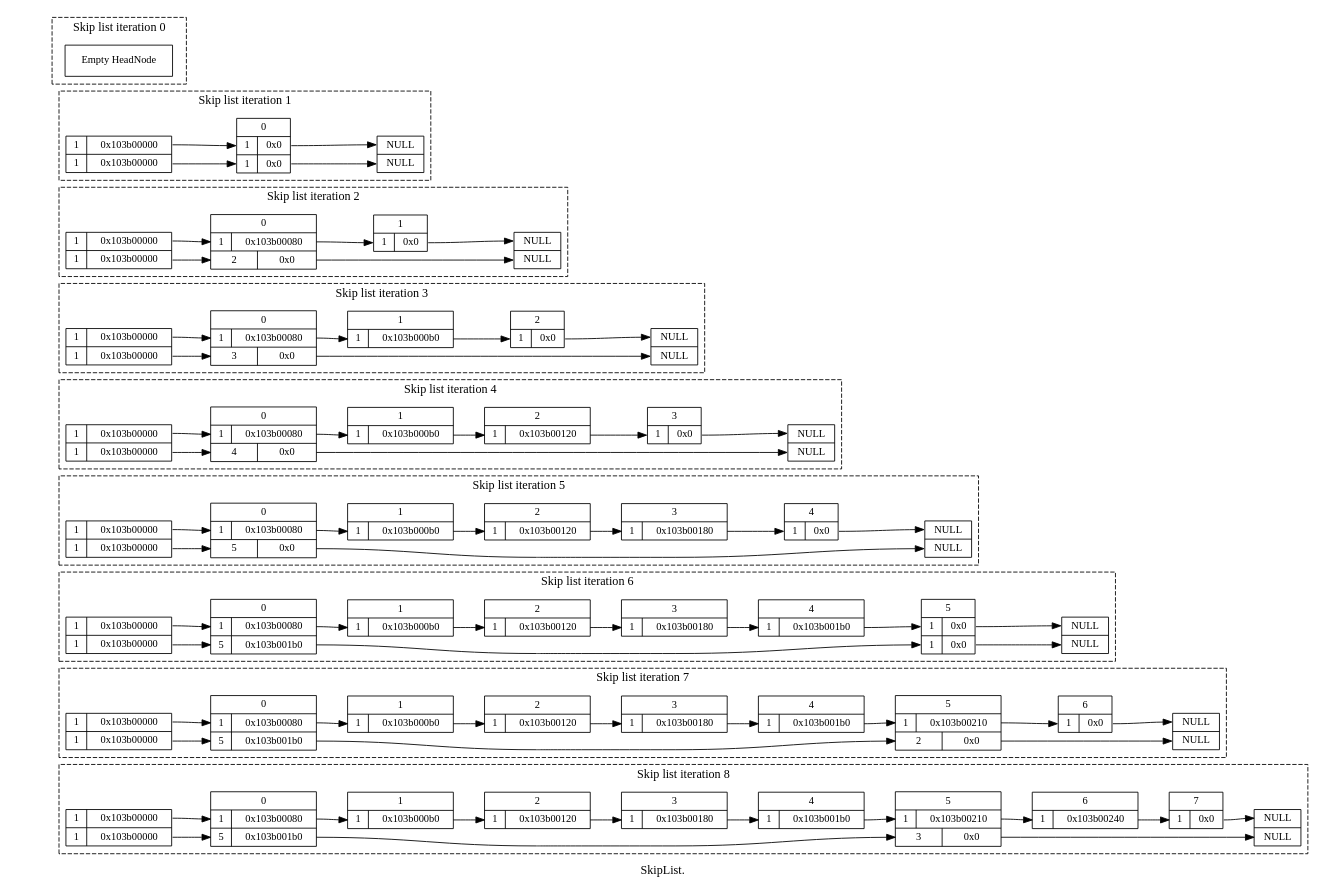
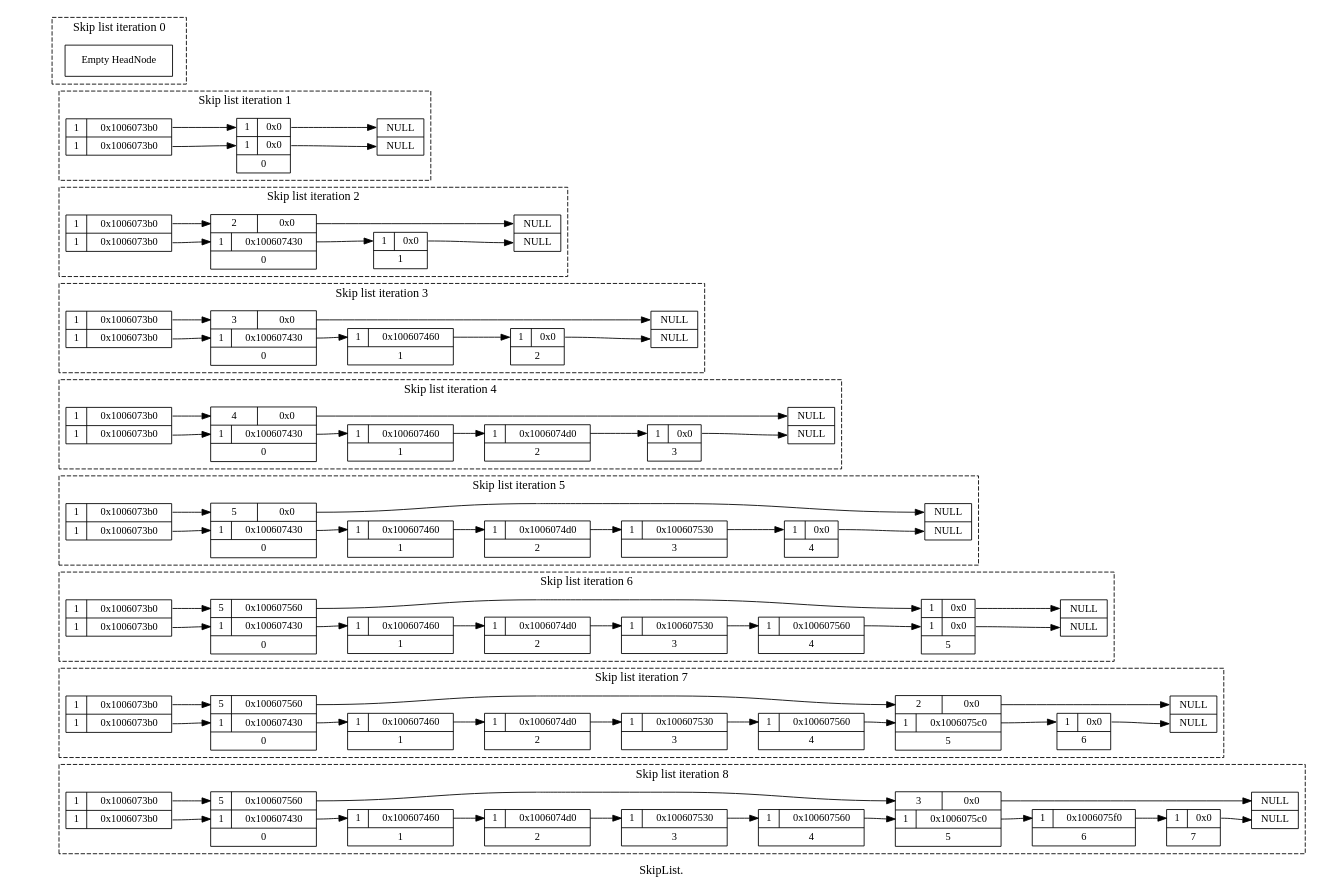
One commit to paulross/skiplist changed the diagram in doc/skiplist_visualisation/dot/doc_insert_12-5_percent.dot. Above: the diagram before and after it, drawn with Graphviz. The commit also changed 27 other files, not shown here.

```diff
--- a/doc/skiplist_visualisation/dot/doc_insert_12-5_percent.dot
+++ b/doc/skiplist_visualisation/dot/doc_insert_12-5_percent.dot
@@ -8,297 +8,324 @@
 subgraph cluster0 {
 style=dashed
 label="Skip list iteration 0"
+
 "HeadNode0" [
 label = "Empty HeadNode"
 shape = "record"
 ];
+
+
 }
 
 subgraph cluster1 {
 style=dashed
 label="Skip list iteration 1"
+
 "HeadNode1" [
-label = "{ 1 | <f0> 0x103b00000} | { 1 | <f1> 0x103b00000}"
+label = "{ 1 | <f2> 0x1006073b0} | { 1 | <f1> 0x1006073b0}"
 shape = "record"
 ];
-"node10x0" [label = "<w1> NULL | <w2> NULL" shape = "record"];
-"HeadNode1":f0 -> "node10x103b00000":w1 [];
-"HeadNode1":f1 -> "node10x103b00000":w2 [];
-"node10x103b00000" [
-label = "<f0> 0 | { <w1> 1 | <f1> 0x0 } | { <w2> 1 | <f2> 0x0 }"
+"HeadNode1":f1 -> "node10x1006073b0":w1 [];
+"HeadNode1":f2 -> "node10x1006073b0":w2 [];
+
+"node10x1006073b0" [
+label = " { <w2> 1 | <f2> 0x0 } | { <w1> 1 | <f1> 0x0 } | <f0> 0"
 shape = "record"
 ];
-"node10x103b00000":f1 -> "node10x0":w1 [];
-"node10x103b00000":f2 -> "node10x0":w2 [];
+"node10x1006073b0":f1 -> "node10x0":w1 [];
+"node10x1006073b0":f2 -> "node10x0":w2 [];
+
+"node10x0" [label = "<w2> NULL | <w1> NULL" shape = "record"];
 }
 
 subgraph cluster2 {
 style=dashed
 label="Skip list iteration 2"
+
 "HeadNode2" [
-label = "{ 1 | <f0> 0x103b00000} | { 1 | <f1> 0x103b00000}"
+label = "{ 1 | <f2> 0x1006073b0} | { 1 | <f1> 0x1006073b0}"
 shape = "record"
 ];
-"node20x0" [label = "<w1> NULL | <w2> NULL" shape = "record"];
-"HeadNode2":f0 -> "node20x103b00000":w1 [];
-"HeadNode2":f1 -> "node20x103b00000":w2 [];
-"node20x103b00000" [
-label = "<f0> 0 | { <w1> 1 | <f1> 0x103b00080 } | { <w2> 2 | <f2> 0x0 }"
+"HeadNode2":f1 -> "node20x1006073b0":w1 [];
+"HeadNode2":f2 -> "node20x1006073b0":w2 [];
+
+"node20x1006073b0" [
+label = " { <w2> 2 | <f2> 0x0 } | { <w1> 1 | <f1> 0x100607430 } | <f0> 0"
 shape = "record"
 ];
-"node20x103b00000":f1 -> "node20x103b00080":w1 [];
-"node20x103b00000":f2 -> "node20x0":w2 [];
-"node20x103b00080" [
-label = "<f0> 1 | { <w1> 1 | <f1> 0x0 }"
+"node20x1006073b0":f1 -> "node20x100607430":w1 [];
+"node20x1006073b0":f2 -> "node20x0":w2 [];
+"node20x100607430" [
+label = " { <w1> 1 | <f1> 0x0 } | <f0> 1"
 shape = "record"
 ];
-"node20x103b00080":f1 -> "node20x0":w1 [];
+"node20x100607430":f1 -> "node20x0":w1 [];
+
+"node20x0" [label = "<w2> NULL | <w1> NULL" shape = "record"];
 }
 
 subgraph cluster3 {
 style=dashed
 label="Skip list iteration 3"
+
 "HeadNode3" [
-label = "{ 1 | <f0> 0x103b00000} | { 1 | <f1> 0x103b00000}"
+label = "{ 1 | <f2> 0x1006073b0} | { 1 | <f1> 0x1006073b0}"
 shape = "record"
 ];
-"node30x0" [label = "<w1> NULL | <w2> NULL" shape = "record"];
-"HeadNode3":f0 -> "node30x103b00000":w1 [];
-"HeadNode3":f1 -> "node30x103b00000":w2 [];
-"node30x103b00000" [
-label = "<f0> 0 | { <w1> 1 | <f1> 0x103b00080 } | { <w2> 3 | <f2> 0x0 }"
+"HeadNode3":f1 -> "node30x1006073b0":w1 [];
+"HeadNode3":f2 -> "node30x1006073b0":w2 [];
+
+"node30x1006073b0" [
+label = " { <w2> 3 | <f2> 0x0 } | { <w1> 1 | <f1> 0x100607430 } | <f0> 0"
 shape = "record"
 ];
-"node30x103b00000":f1 -> "node30x103b00080":w1 [];
-"node30x103b00000":f2 -> "node30x0":w2 [];
-"node30x103b00080" [
-label = "<f0> 1 | { <w1> 1 | <f1> 0x103b000b0 }"
+"node30x1006073b0":f1 -> "node30x100607430":w1 [];
+"node30x1006073b0":f2 -> "node30x0":w2 [];
+"node30x100607430" [
+label = " { <w1> 1 | <f1> 0x100607460 } | <f0> 1"
 shape = "record"
 ];
-"node30x103b00080":f1 -> "node30x103b000b0":w1 [];
-"node30x103b000b0" [
-label = "<f0> 2 | { <w1> 1 | <f1> 0x0 }"
+"node30x100607430":f1 -> "node30x100607460":w1 [];
+"node30x100607460" [
+label = " { <w1> 1 | <f1> 0x0 } | <f0> 2"
 shape = "record"
 ];
-"node30x103b000b0":f1 -> "node30x0":w1 [];
+"node30x100607460":f1 -> "node30x0":w1 [];
+
+"node30x0" [label = "<w2> NULL | <w1> NULL" shape = "record"];
 }
 
 subgraph cluster4 {
 style=dashed
 label="Skip list iteration 4"
+
 "HeadNode4" [
-label = "{ 1 | <f0> 0x103b00000} | { 1 | <f1> 0x103b00000}"
+label = "{ 1 | <f2> 0x1006073b0} | { 1 | <f1> 0x1006073b0}"
 shape = "record"
 ];
-"node40x0" [label = "<w1> NULL | <w2> NULL" shape = "record"];
-"HeadNode4":f0 -> "node40x103b00000":w1 [];
-"HeadNode4":f1 -> "node40x103b00000":w2 [];
-"node40x103b00000" [
-label = "<f0> 0 | { <w1> 1 | <f1> 0x103b00080 } | { <w2> 4 | <f2> 0x0 }"
+"HeadNode4":f1 -> "node40x1006073b0":w1 [];
+"HeadNode4":f2 -> "node40x1006073b0":w2 [];
+
+"node40x1006073b0" [
+label = " { <w2> 4 | <f2> 0x0 } | { <w1> 1 | <f1> 0x100607430 } | <f0> 0"
 shape = "record"
 ];
-"node40x103b00000":f1 -> "node40x103b00080":w1 [];
-"node40x103b00000":f2 -> "node40x0":w2 [];
-"node40x103b00080" [
-label = "<f0> 1 | { <w1> 1 | <f1> 0x103b000b0 }"
+"node40x1006073b0":f1 -> "node40x100607430":w1 [];
+"node40x1006073b0":f2 -> "node40x0":w2 [];
+"node40x100607430" [
+label = " { <w1> 1 | <f1> 0x100607460 } | <f0> 1"
 shape = "record"
 ];
-"node40x103b00080":f1 -> "node40x103b000b0":w1 [];
-"node40x103b000b0" [
-label = "<f0> 2 | { <w1> 1 | <f1> 0x103b00120 }"
+"node40x100607430":f1 -> "node40x100607460":w1 [];
+"node40x100607460" [
+label = " { <w1> 1 | <f1> 0x1006074d0 } | <f0> 2"
 shape = "record"
 ];
-"node40x103b000b0":f1 -> "node40x103b00120":w1 [];
-"node40x103b00120" [
-label = "<f0> 3 | { <w1> 1 | <f1> 0x0 }"
+"node40x100607460":f1 -> "node40x1006074d0":w1 [];
+"node40x1006074d0" [
+label = " { <w1> 1 | <f1> 0x0 } | <f0> 3"
 shape = "record"
 ];
-"node40x103b00120":f1 -> "node40x0":w1 [];
+"node40x1006074d0":f1 -> "node40x0":w1 [];
+
+"node40x0" [label = "<w2> NULL | <w1> NULL" shape = "record"];
 }
 
 subgraph cluster5 {
 style=dashed
 label="Skip list iteration 5"
+
 "HeadNode5" [
-label = "{ 1 | <f0> 0x103b00000} | { 1 | <f1> 0x103b00000}"
+label = "{ 1 | <f2> 0x1006073b0} | { 1 | <f1> 0x1006073b0}"
 shape = "record"
 ];
-"node50x0" [label = "<w1> NULL | <w2> NULL" shape = "record"];
-"HeadNode5":f0 -> "node50x103b00000":w1 [];
-"HeadNode5":f1 -> "node50x103b00000":w2 [];
-"node50x103b00000" [
-label = "<f0> 0 | { <w1> 1 | <f1> 0x103b00080 } | { <w2> 5 | <f2> 0x0 }"
+"HeadNode5":f1 -> "node50x1006073b0":w1 [];
+"HeadNode5":f2 -> "node50x1006073b0":w2 [];
+
+"node50x1006073b0" [
+label = " { <w2> 5 | <f2> 0x0 } | { <w1> 1 | <f1> 0x100607430 } | <f0> 0"
 shape = "record"
 ];
-"node50x103b00000":f1 -> "node50x103b00080":w1 [];
-"node50x103b00000":f2 -> "node50x0":w2 [];
-"node50x103b00080" [
-label = "<f0> 1 | { <w1> 1 | <f1> 0x103b000b0 }"
+"node50x1006073b0":f1 -> "node50x100607430":w1 [];
+"node50x1006073b0":f2 -> "node50x0":w2 [];
+"node50x100607430" [
+label = " { <w1> 1 | <f1> 0x100607460 } | <f0> 1"
 shape = "record"
 ];
-"node50x103b00080":f1 -> "node50x103b000b0":w1 [];
-"node50x103b000b0" [
-label = "<f0> 2 | { <w1> 1 | <f1> 0x103b00120 }"
+"node50x100607430":f1 -> "node50x100607460":w1 [];
+"node50x100607460" [
+label = " { <w1> 1 | <f1> 0x1006074d0 } | <f0> 2"
 shape = "record"
 ];
-"node50x103b000b0":f1 -> "node50x103b00120":w1 [];
-"node50x103b00120" [
-label = "<f0> 3 | { <w1> 1 | <f1> 0x103b00180 }"
+"node50x100607460":f1 -> "node50x1006074d0":w1 [];
+"node50x1006074d0" [
+label = " { <w1> 1 | <f1> 0x100607530 } | <f0> 3"
 shape = "record"
 ];
-"node50x103b00120":f1 -> "node50x103b00180":w1 [];
-"node50x103b00180" [
-label = "<f0> 4 | { <w1> 1 | <f1> 0x0 }"
+"node50x1006074d0":f1 -> "node50x100607530":w1 [];
+"node50x100607530" [
+label = " { <w1> 1 | <f1> 0x0 } | <f0> 4"
 shape = "record"
 ];
-"node50x103b00180":f1 -> "node50x0":w1 [];
+"node50x100607530":f1 -> "node50x0":w1 [];
+
+"node50x0" [label = "<w2> NULL | <w1> NULL" shape = "record"];
 }
 
 subgraph cluster6 {
 style=dashed
 label="Skip list iteration 6"
+
 "HeadNode6" [
-label = "{ 1 | <f0> 0x103b00000} | { 1 | <f1> 0x103b00000}"
+label = "{ 1 | <f2> 0x1006073b0} | { 1 | <f1> 0x1006073b0}"
 shape = "record"
 ];
-"node60x0" [label = "<w1> NULL | <w2> NULL" shape = "record"];
-"HeadNode6":f0 -> "node60x103b00000":w1 [];
-"HeadNode6":f1 -> "node60x103b00000":w2 [];
-"node60x103b00000" [
-label = "<f0> 0 | { <w1> 1 | <f1> 0x103b00080 } | { <w2> 5 | <f2> 0x103b001b0 }"
+"HeadNode6":f1 -> "node60x1006073b0":w1 [];
+"HeadNode6":f2 -> "node60x1006073b0":w2 [];
+
+"node60x1006073b0" [
+label = " { <w2> 5 | <f2> 0x100607560 } | { <w1> 1 | <f1> 0x100607430 } | <f0> 0"
 shape = "record"
 ];
-"node60x103b00000":f1 -> "node60x103b00080":w1 [];
-"node60x103b00000":f2 -> "node60x103b001b0":w2 [];
-"node60x103b00080" [
-label = "<f0> 1 | { <w1> 1 | <f1> 0x103b000b0 }"
+"node60x1006073b0":f1 -> "node60x100607430":w1 [];
+"node60x1006073b0":f2 -> "node60x100607560":w2 [];
+"node60x100607430" [
+label = " { <w1> 1 | <f1> 0x100607460 } | <f0> 1"
 shape = "record"
 ];
-"node60x103b00080":f1 -> "node60x103b000b0":w1 [];
-"node60x103b000b0" [
-label = "<f0> 2 | { <w1> 1 | <f1> 0x103b00120 }"
+"node60x100607430":f1 -> "node60x100607460":w1 [];
+"node60x100607460" [
+label = " { <w1> 1 | <f1> 0x1006074d0 } | <f0> 2"
 shape = "record"
 ];
-"node60x103b000b0":f1 -> "node60x103b00120":w1 [];
-"node60x103b00120" [
-label = "<f0> 3 | { <w1> 1 | <f1> 0x103b00180 }"
+"node60x100607460":f1 -> "node60x1006074d0":w1 [];
+"node60x1006074d0" [
+label = " { <w1> 1 | <f1> 0x100607530 } | <f0> 3"
 shape = "record"
 ];
-"node60x103b00120":f1 -> "node60x103b00180":w1 [];
-"node60x103b00180" [
-label = "<f0> 4 | { <w1> 1 | <f1> 0x103b001b0 }"
+"node60x1006074d0":f1 -> "node60x100607530":w1 [];
+"node60x100607530" [
+label = " { <w1> 1 | <f1> 0x100607560 } | <f0> 4"
 shape = "record"
 ];
-"node60x103b00180":f1 -> "node60x103b001b0":w1 [];
-"node60x103b001b0" [
-label = "<f0> 5 | { <w1> 1 | <f1> 0x0 } | { <w2> 1 | <f2> 0x0 }"
+"node60x100607530":f1 -> "node60x100607560":w1 [];
+"node60x100607560" [
+label = " { <w2> 1 | <f2> 0x0 } | { <w1> 1 | <f1> 0x0 } | <f0> 5"
 shape = "record"
 ];
-"node60x103b001b0":f1 -> "node60x0":w1 [];
-"node60x103b001b0":f2 -> "node60x0":w2 [];
+"node60x100607560":f1 -> "node60x0":w1 [];
+"node60x100607560":f2 -> "node60x0":w2 [];
+
+"node60x0" [label = "<w2> NULL | <w1> NULL" shape = "record"];
 }
 
 subgraph cluster7 {
 style=dashed
 label="Skip list iteration 7"
+
 "HeadNode7" [
-label = "{ 1 | <f0> 0x103b00000} | { 1 | <f1> 0x103b00000}"
+label = "{ 1 | <f2> 0x1006073b0} | { 1 | <f1> 0x1006073b0}"
 shape = "record"
 ];
-"node70x0" [label = "<w1> NULL | <w2> NULL" shape = "record"];
-"HeadNode7":f0 -> "node70x103b00000":w1 [];
-"HeadNode7":f1 -> "node70x103b00000":w2 [];
-"node70x103b00000" [
-label = "<f0> 0 | { <w1> 1 | <f1> 0x103b00080 } | { <w2> 5 | <f2> 0x103b001b0 }"
+"HeadNode7":f1 -> "node70x1006073b0":w1 [];
+"HeadNode7":f2 -> "node70x1006073b0":w2 [];
+
+"node70x1006073b0" [
+label = " { <w2> 5 | <f2> 0x100607560 } | { <w1> 1 | <f1> 0x100607430 } | <f0> 0"
 shape = "record"
 ];
-"node70x103b00000":f1 -> "node70x103b00080":w1 [];
-"node70x103b00000":f2 -> "node70x103b001b0":w2 [];
-"node70x103b00080" [
-label = "<f0> 1 | { <w1> 1 | <f1> 0x103b000b0 }"
+"node70x1006073b0":f1 -> "node70x100607430":w1 [];
+"node70x1006073b0":f2 -> "node70x100607560":w2 [];
+"node70x100607430" [
+label = " { <w1> 1 | <f1> 0x100607460 } | <f0> 1"
 shape = "record"
 ];
-"node70x103b00080":f1 -> "node70x103b000b0":w1 [];
-"node70x103b000b0" [
-label = "<f0> 2 | { <w1> 1 | <f1> 0x103b00120 }"
+"node70x100607430":f1 -> "node70x100607460":w1 [];
+"node70x100607460" [
+label = " { <w1> 1 | <f1> 0x1006074d0 } | <f0> 2"
 shape = "record"
 ];
-"node70x103b000b0":f1 -> "node70x103b00120":w1 [];
-"node70x103b00120" [
-label = "<f0> 3 | { <w1> 1 | <f1> 0x103b00180 }"
+"node70x100607460":f1 -> "node70x1006074d0":w1 [];
+"node70x1006074d0" [
+label = " { <w1> 1 | <f1> 0x100607530 } | <f0> 3"
 shape = "record"
 ];
-"node70x103b00120":f1 -> "node70x103b00180":w1 [];
-"node70x103b00180" [
-label = "<f0> 4 | { <w1> 1 | <f1> 0x103b001b0 }"
+"node70x1006074d0":f1 -> "node70x100607530":w1 [];
+"node70x100607530" [
+label = " { <w1> 1 | <f1> 0x100607560 } | <f0> 4"
 shape = "record"
 ];
-"node70x103b00180":f1 -> "node70x103b001b0":w1 [];
-"node70x103b001b0" [
-label = "<f0> 5 | { <w1> 1 | <f1> 0x103b00210 } | { <w2> 2 | <f2> 0x0 }"
+"node70x100607530":f1 -> "node70x100607560":w1 [];
+"node70x100607560" [
+label = " { <w2> 2 | <f2> 0x0 } | { <w1> 1 | <f1> 0x1006075c0 } | <f0> 5"
 shape = "record"
 ];
-"node70x103b001b0":f1 -> "node70x103b00210":w1 [];
-"node70x103b001b0":f2 -> "node70x0":w2 [];
-"node70x103b00210" [
-label = "<f0> 6 | { <w1> 1 | <f1> 0x0 }"
+"node70x100607560":f1 -> "node70x1006075c0":w1 [];
+"node70x100607560":f2 -> "node70x0":w2 [];
+"node70x1006075c0" [
+label = " { <w1> 1 | <f1> 0x0 } | <f0> 6"
 shape = "record"
 ];
-"node70x103b00210":f1 -> "node70x0":w1 [];
+"node70x1006075c0":f1 -> "node70x0":w1 [];
+
+"node70x0" [label = "<w2> NULL | <w1> NULL" shape = "record"];
 }
 
 subgraph cluster8 {
 style=dashed
 label="Skip list iteration 8"
+
 "HeadNode8" [
-label = "{ 1 | <f0> 0x103b00000} | { 1 | <f1> 0x103b00000}"
+label = "{ 1 | <f2> 0x1006073b0} | { 1 | <f1> 0x1006073b0}"
 shape = "record"
 ];
-"node80x0" [label = "<w1> NULL | <w2> NULL" shape = "record"];
-"HeadNode8":f0 -> "node80x103b00000":w1 [];
-"HeadNode8":f1 -> "node80x103b00000":w2 [];
-"node80x103b00000" [
-label = "<f0> 0 | { <w1> 1 | <f1> 0x103b00080 } | { <w2> 5 | <f2> 0x103b001b0 }"
+"HeadNode8":f1 -> "node80x1006073b0":w1 [];
+"HeadNode8":f2 -> "node80x1006073b0":w2 [];
+
+"node80x1006073b0" [
+label = " { <w2> 5 | <f2> 0x100607560 } | { <w1> 1 | <f1> 0x100607430 } | <f0> 0"
 shape = "record"
 ];
-"node80x103b00000":f1 -> "node80x103b00080":w1 [];
-"node80x103b00000":f2 -> "node80x103b001b0":w2 [];
-"node80x103b00080" [
-label = "<f0> 1 | { <w1> 1 | <f1> 0x103b000b0 }"
+"node80x1006073b0":f1 -> "node80x100607430":w1 [];
+"node80x1006073b0":f2 -> "node80x100607560":w2 [];
+"node80x100607430" [
+label = " { <w1> 1 | <f1> 0x100607460 } | <f0> 1"
 shape = "record"
 ];
-"node80x103b00080":f1 -> "node80x103b000b0":w1 [];
-"node80x103b000b0" [
-label = "<f0> 2 | { <w1> 1 | <f1> 0x103b00120 }"
+"node80x100607430":f1 -> "node80x100607460":w1 [];
+"node80x100607460" [
+label = " { <w1> 1 | <f1> 0x1006074d0 } | <f0> 2"
 shape = "record"
 ];
-"node80x103b000b0":f1 -> "node80x103b00120":w1 [];
-"node80x103b00120" [
-label = "<f0> 3 | { <w1> 1 | <f1> 0x103b00180 }"
+"node80x100607460":f1 -> "node80x1006074d0":w1 [];
+"node80x1006074d0" [
+label = " { <w1> 1 | <f1> 0x100607530 } | <f0> 3"
 shape = "record"
 ];
-"node80x103b00120":f1 -> "node80x103b00180":w1 [];
-"node80x103b00180" [
-label = "<f0> 4 | { <w1> 1 | <f1> 0x103b001b0 }"
+"node80x1006074d0":f1 -> "node80x100607530":w1 [];
+"node80x100607530" [
+label = " { <w1> 1 | <f1> 0x100607560 } | <f0> 4"
 shape = "record"
 ];
-"node80x103b00180":f1 -> "node80x103b001b0":w1 [];
-"node80x103b001b0" [
-label = "<f0> 5 | { <w1> 1 | <f1> 0x103b00210 } | { <w2> 3 | <f2> 0x0 }"
+"node80x100607530":f1 -> "node80x100607560":w1 [];
+"node80x100607560" [
+label = " { <w2> 3 | <f2> 0x0 } | { <w1> 1 | <f1> 0x1006075c0 } | <f0> 5"
 shape = "record"
 ];
-"node80x103b001b0":f1 -> "node80x103b00210":w1 [];
-"node80x103b001b0":f2 -> "node80x0":w2 [];
-"node80x103b00210" [
-label = "<f0> 6 | { <w1> 1 | <f1> 0x103b00240 }"
+"node80x100607560":f1 -> "node80x1006075c0":w1 [];
+"node80x100607560":f2 -> "node80x0":w2 [];
+"node80x1006075c0" [
+label = " { <w1> 1 | <f1> 0x1006075f0 } | <f0> 6"
 shape = "record"
 ];
-"node80x103b00210":f1 -> "node80x103b00240":w1 [];
-"node80x103b00240" [
-label = "<f0> 7 | { <w1> 1 | <f1> 0x0 }"
+"node80x1006075c0":f1 -> "node80x1006075f0":w1 [];
+"node80x1006075f0" [
+label = " { <w1> 1 | <f1> 0x0 } | <f0> 7"
 shape = "record"
 ];
-"node80x103b00240":f1 -> "node80x0":w1 [];
+"node80x1006075f0":f1 -> "node80x0":w1 [];
+
+"node80x0" [label = "<w2> NULL | <w1> NULL" shape = "record"];
 }
 
 node0 [shape=record, label = "<f0> | <f1> | <f2> | <f3> | <f4> | <f5> | <f6> | <f7> | <f8> | ", style=invis, width=0.01];
```
